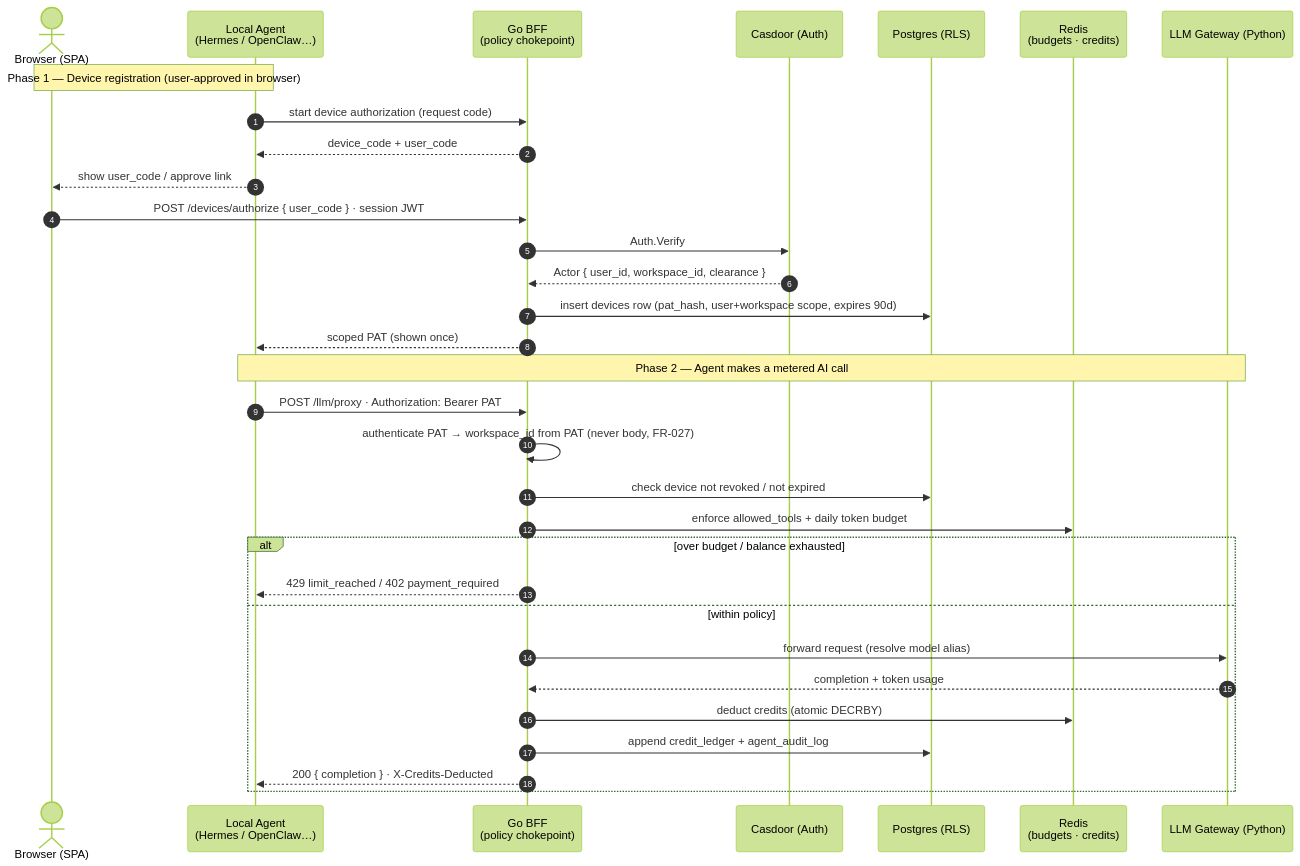
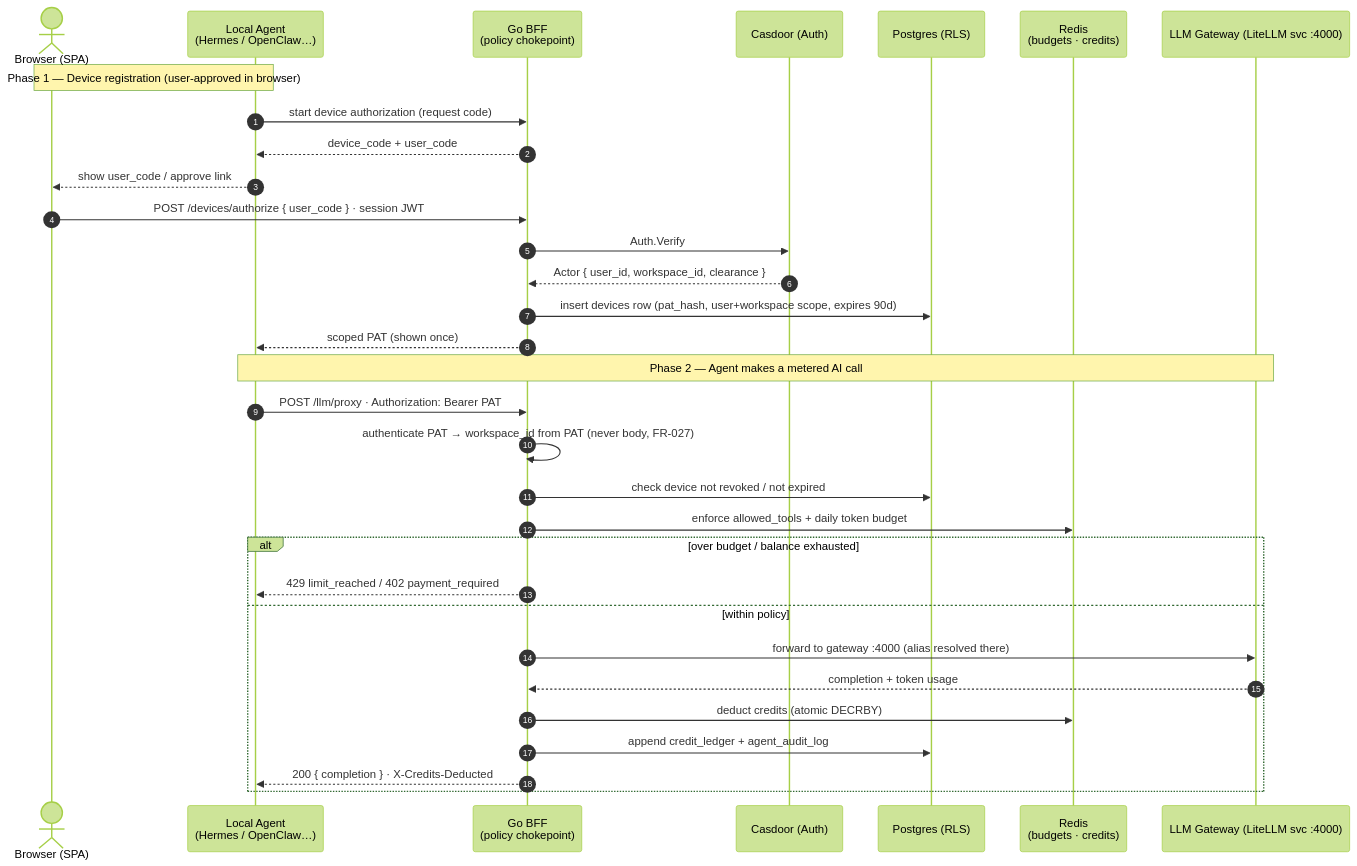
Before and after one commit to truongpx396/aisat-studio: the third of 3 diagrams in specs/001-contextengine-mvp/contracts/auth-flow.md, drawn with Mermaid (forest theme). The commit also changed 11 other files, not shown here.

````diff
--- a/specs/001-contextengine-mvp/contracts/auth-flow.md
+++ b/specs/001-contextengine-mvp/contracts/auth-flow.md
@@ -83,36 +83,36 @@
 ```mermaid
 sequenceDiagram
     autonumber
     actor U as Browser (SPA)
     participant LA as Local Agent<br/>(Hermes / OpenClaw…)
     participant BFF as Go BFF<br/>(policy chokepoint)
     participant CD as Casdoor (Auth)
     participant PG as Postgres (RLS)
     participant RD as Redis<br/>(budgets · credits)
-    participant LLM as LLM Gateway (Python)
+    participant LLM as LLM Gateway (LiteLLM svc :4000)
 
     Note over LA,U: Phase 1 — Device registration (user-approved in browser)
     LA->>BFF: start device authorization (request code)
     BFF-->>LA: device_code + user_code
     LA-->>U: show user_code / approve link
     U->>BFF: POST /devices/authorize { user_code } · session JWT
     BFF->>CD: Auth.Verify
     CD-->>BFF: Actor { user_id, workspace_id, clearance }
     BFF->>PG: insert devices row (pat_hash, user+workspace scope, expires 90d)
     BFF-->>LA: scoped PAT (shown once)
 
     Note over LA,LLM: Phase 2 — Agent makes a metered AI call
     LA->>BFF: POST /llm/proxy · Authorization: Bearer PAT
     BFF->>BFF: authenticate PAT → workspace_id from PAT (never body, FR-027)
     BFF->>PG: check device not revoked / not expired
     BFF->>RD: enforce allowed_tools + daily token budget
     alt over budget / balance exhausted
         BFF-->>LA: 429 limit_reached / 402 payment_required
     else within policy
-        BFF->>LLM: forward request (resolve model alias)
+        BFF->>LLM: forward to gateway :4000 (alias resolved there)
         LLM-->>BFF: completion + token usage
         BFF->>RD: deduct credits (atomic DECRBY)
         BFF->>PG: append credit_ledger + agent_audit_log
         BFF-->>LA: 200 { completion } · X-Credits-Deducted
     end
 ```
````
